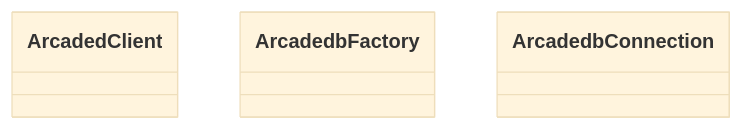
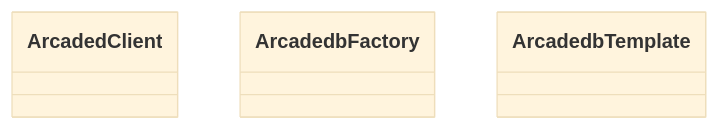
One commit to gfinger/arcadeclient changed the diagram in arcadeclient-data/doc/tutorial.adoc. Above: the diagram before and after it, drawn with Mermaid (base theme). The commit also changed 21 other files, not shown here.

```diff
--- a/arcadeclient-data/doc/tutorial.adoc
+++ b/arcadeclient-data/doc/tutorial.adoc
@@ -12,10 +12,10 @@
 [mermaid]
 ----
 classDiagram
     class ArcadedClient {
     }
     class ArcadedbFactory {
     }
-    class ArcadedbConnection {
+    class ArcadedbTemplate {
     }
 ----
```
